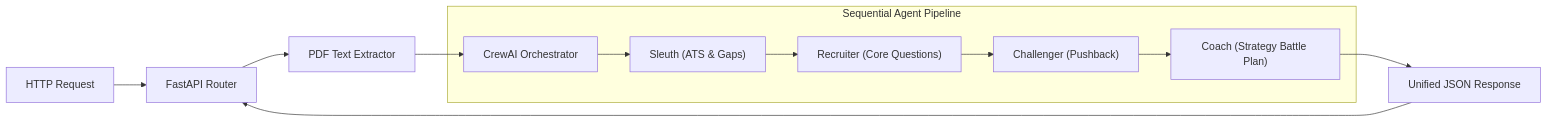
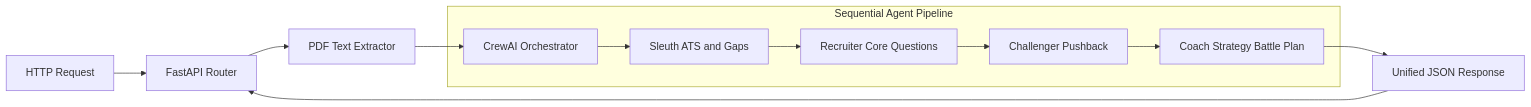
Before and after one commit to Deepak-DPK/career-command-center-backend: the second of 4 diagrams in DIAGRAMS.md, drawn with Mermaid. The commit also changed other lines of this file, not shown here.

Commit message:
fix(docs): fix Mermaid parenthesis syntax errors and add copy-pasteable Eraser.io diagram code prompts

````diff
--- a/DIAGRAMS.md
+++ b/DIAGRAMS.md
@@ -26,16 +26,16 @@
 ```mermaid
 graph LR
     A["HTTP Request"] --> B["FastAPI Router"]
     B --> C["PDF Text Extractor"]
     C --> D["CrewAI Orchestrator"]
     
     subgraph agent_sequence ["Sequential Agent Pipeline"]
-        D --> E["Sleuth (ATS & Gaps)"]
-        E --> F["Recruiter (Core Questions)"]
-        F --> G["Challenger (Pushback)"]
-        G --> H["Coach (Strategy Battle Plan)"]
+        D --> E["Sleuth ATS and Gaps"]
+        E --> F["Recruiter Core Questions"]
+        F --> G["Challenger Pushback"]
+        G --> H["Coach Strategy Battle Plan"]
     end
     
     H --> I["Unified JSON Response"]
     I --> B
 ```
````
